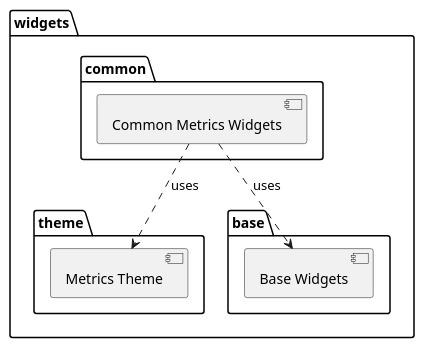
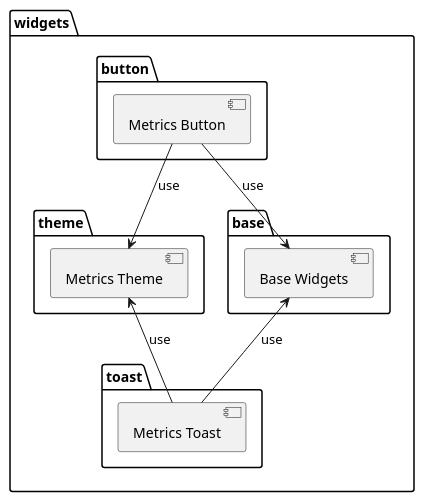
The diagram in metrics/web/docs/features/storybook/diagrams/metrics_widgets_structure_diagram.puml (Flank/flank-dashboard), drawn with PlantUML before and after one commit. The commit also changed 3 other files, not shown here.

```diff
--- a/metrics/web/docs/features/storybook/diagrams/metrics_widgets_structure_diagram.puml
+++ b/metrics/web/docs/features/storybook/diagrams/metrics_widgets_structure_diagram.puml
@@ -1,19 +1,25 @@
 @startuml metrics_widgets_structure_diagram
 
 package "widgets" {
   
   package "theme" {
     [Metrics Theme]
   }
 
   package "base" {  
     [Base Widgets]
   }
 
-  package "common" {
-    [Common Metrics Widgets] ..> [Base Widgets] : uses
-    [Common Metrics Widgets] ..> [Metrics Theme] : uses
-  }  
+  package "button" {
+    [Metrics Button] --> [Base Widgets] : use
+    [Metrics Button] --> [Metrics Theme] : use
+  }
+
+  package "toast" {
+    [Metrics Toast] -up-> [Base Widgets] : use
+    [Metrics Toast] -up-> [Metrics Theme] : use
+  }
+   
 }
 
 @enduml
```
